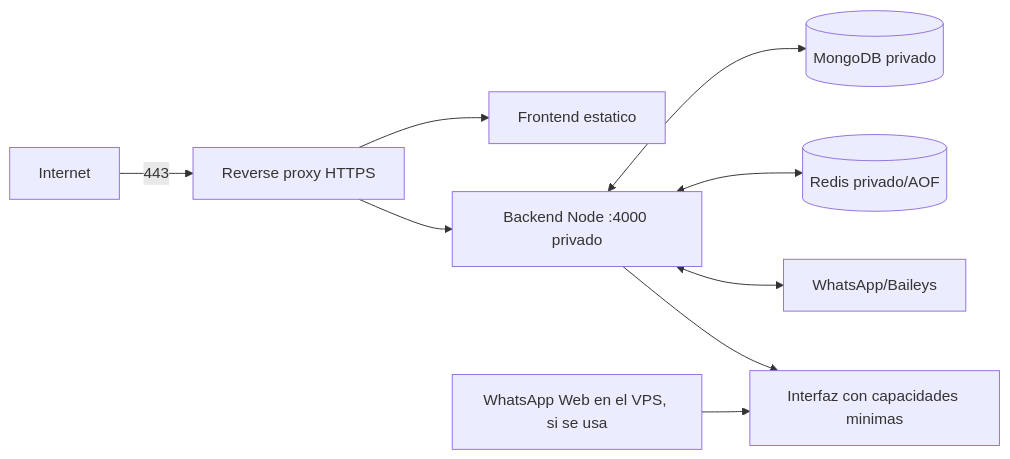
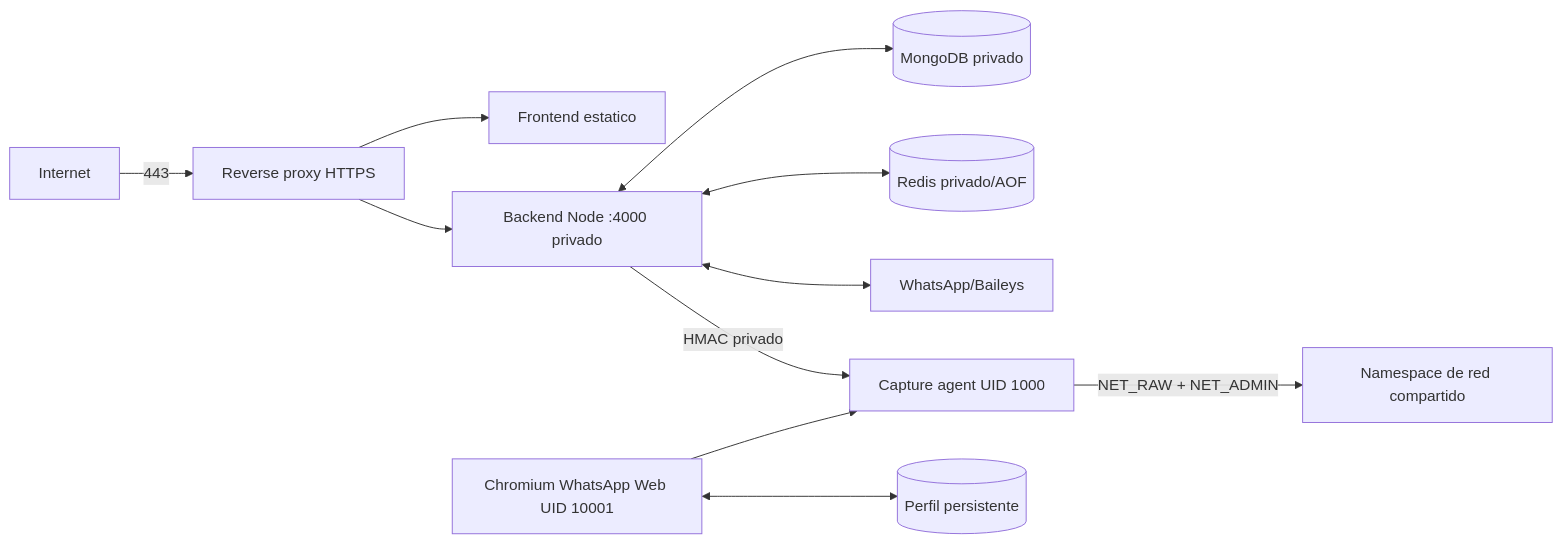
Before and after one commit to deco31416/wp-monitor: the diagram in docs/operations/ubuntu-vps.md, drawn with Mermaid. The commit also changed other lines of this file and 74 other files, not shown here.

````diff
--- a/docs/operations/ubuntu-vps.md
+++ b/docs/operations/ubuntu-vps.md
@@ -11,11 +11,13 @@
 ```mermaid
 flowchart LR
     Internet -->|443| Proxy[Reverse proxy HTTPS]
     Proxy --> UI[Frontend estatico]
     Proxy --> API[Backend Node :4000 privado]
     API <--> Mongo[(MongoDB privado)]
     API <--> Redis[(Redis privado/AOF)]
     API <--> WA[WhatsApp/Baileys]
-    API --> NIC[Interfaz con capacidades minimas]
-    Browser[WhatsApp Web en el VPS, si se usa] --> NIC
+    API -->|HMAC privado| Agent[Capture agent UID 1000]
+    Browser[Chromium WhatsApp Web UID 10001] --> Agent
+    Browser <--> Profile[(Perfil persistente)]
+    Agent -->|NET_RAW + NET_ADMIN| Namespace[Namespace de red compartido]
 ```
````
